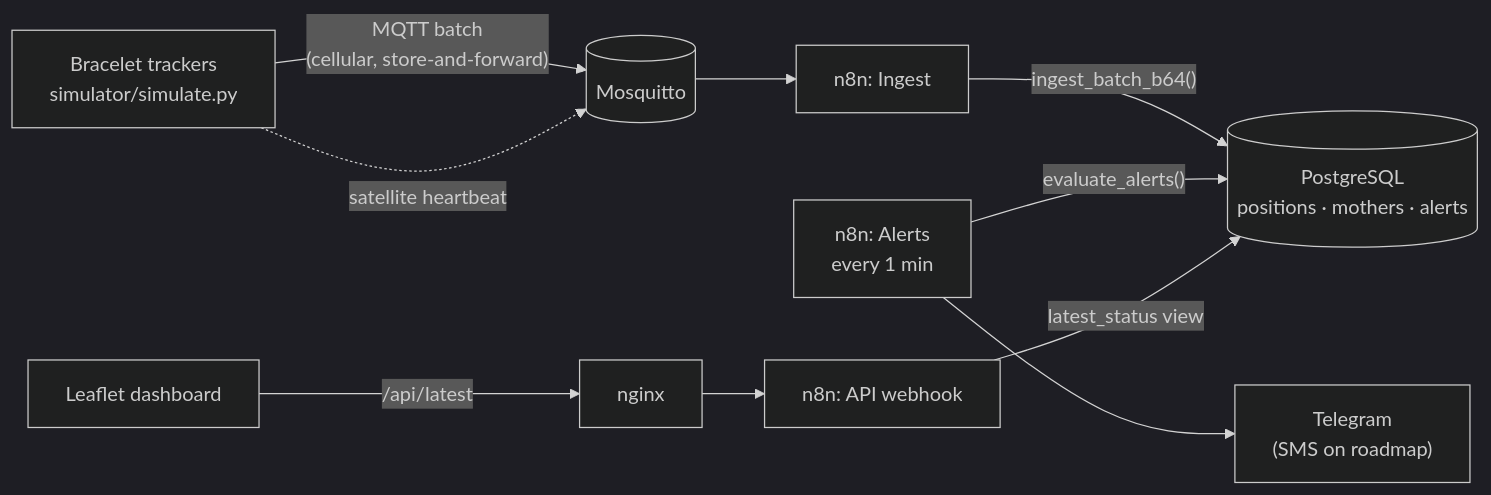
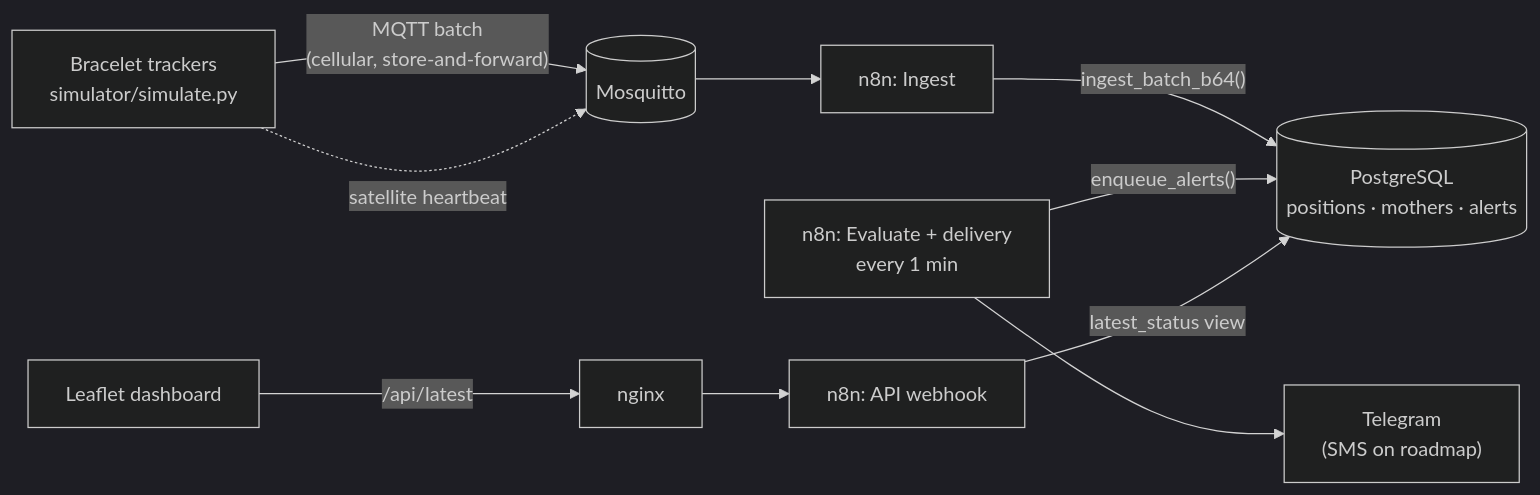
Before and after one commit to se-xy/nomad-maternal-tracker: the diagram in README.md, drawn with Mermaid (dark theme). The commit also changed other lines of this file and 24 other files, not shown here.

````diff
--- a/README.md
+++ b/README.md
@@ -43,11 +45,11 @@
 ```mermaid
 flowchart LR
     T["Bracelet trackers<br/>simulator/simulate.py"] -- "MQTT batch<br/>(cellular, store-and-forward)" --> B[(Mosquitto)]
     T -. "satellite heartbeat" .-> B
     B --> I["n8n: Ingest"]
     I -- "ingest_batch_b64()" --> DB[("PostgreSQL<br/>positions · mothers · alerts")]
-    A["n8n: Alerts<br/>every 1 min"] -- "evaluate_alerts()" --> DB
+    A["n8n: Evaluate + delivery<br/>every 1 min"] -- "enqueue_alerts()" --> DB
     A --> TG["Telegram<br/>(SMS on roadmap)"]
     W["n8n: API webhook"] -- "latest_status view" --> DB
     D["Leaflet dashboard"] -- "/api/latest" --> N[nginx] --> W
 ```
````
